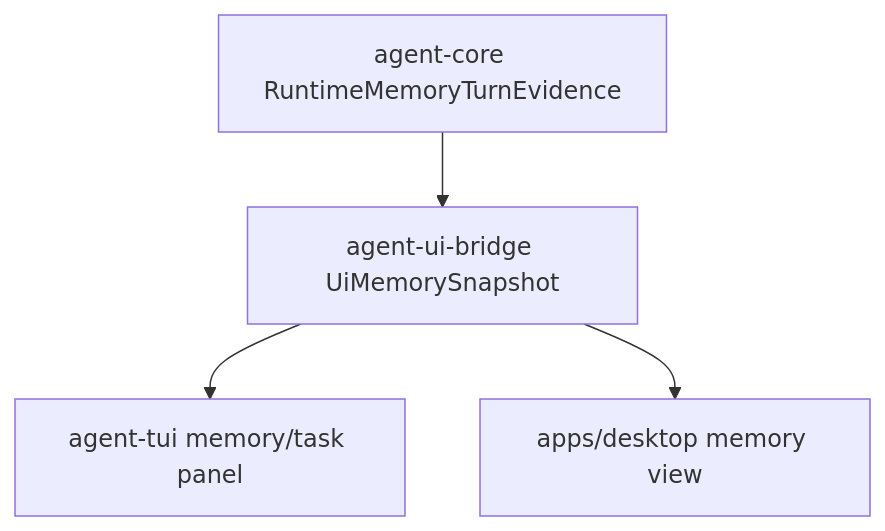
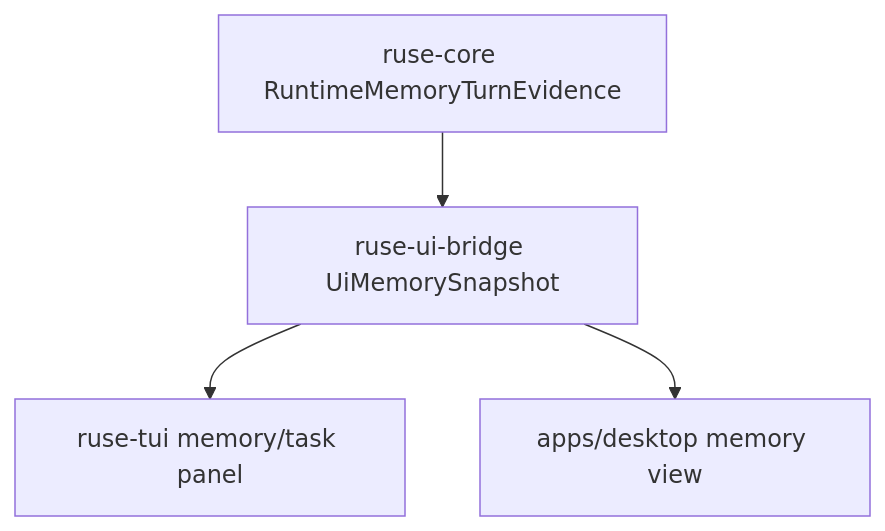
Before and after one commit to poneding/agent: the diagram in docs/specs/M64-04-tui-desktop-memory-surfaces.spec.md, drawn with Mermaid. The commit also changed other lines of this file and 2091 other files, not shown here.

First line of the commit message:
refactor: rename agent branding to ruse

````diff
--- a/docs/specs/M64-04-tui-desktop-memory-surfaces.spec.md
+++ b/docs/specs/M64-04-tui-desktop-memory-surfaces.spec.md
@@ -35,6 +35,6 @@
 ```mermaid
 flowchart TD
-  Core["agent-core RuntimeMemoryTurnEvidence"] --> Bridge["agent-ui-bridge UiMemorySnapshot"]
-  Bridge --> TUI["agent-tui memory/task panel"]
+  Core["ruse-core RuntimeMemoryTurnEvidence"] --> Bridge["ruse-ui-bridge UiMemorySnapshot"]
+  Bridge --> TUI["ruse-tui memory/task panel"]
   Bridge --> Desktop["apps/desktop memory view"]
 ```
````
